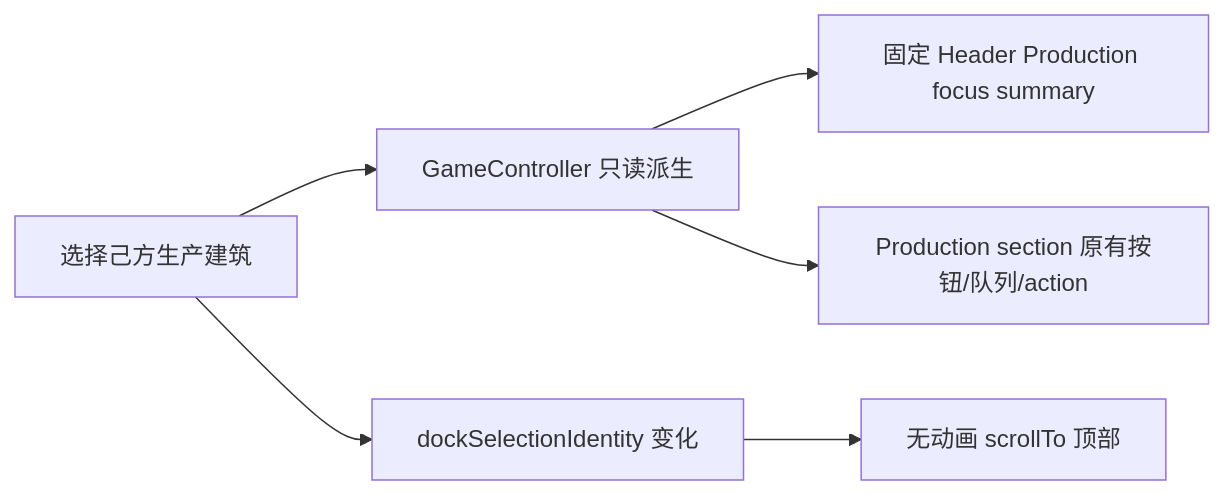
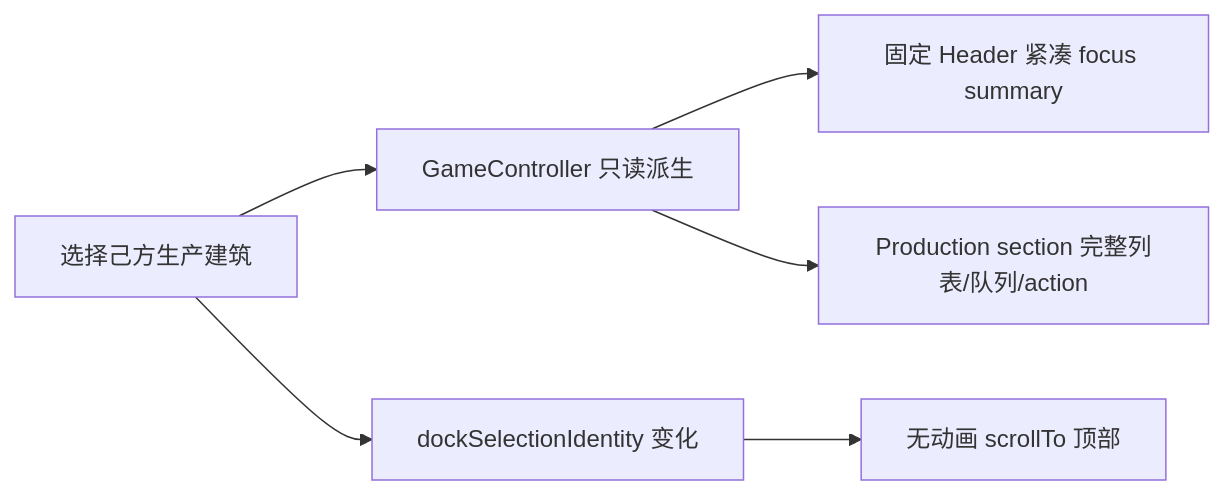
Before and after one commit to Altman-sam114/120: diagram 52 of 52 in md/flow/flowchart.md, drawn with Mermaid. The commit also changed 7 other files, not shown here.

Commit message:
v2.50: compact production focus summary

````diff
--- a/md/flow/flowchart.md
+++ b/md/flow/flowchart.md
@@ -952,8 +952,8 @@
 ```mermaid
 flowchart LR
   S[选择己方生产建筑] --> C[GameController 只读派生]
-  C --> H[固定 Header Production focus summary]
-  C --> P[Production section 原有按钮/队列/action]
+  C --> H[固定 Header 紧凑 focus summary]
+  C --> P[Production section 完整列表/队列/action]
   S --> R[dockSelectionIdentity 变化]
   R --> T[无动画 scrollTo 顶部]
 ```
````
